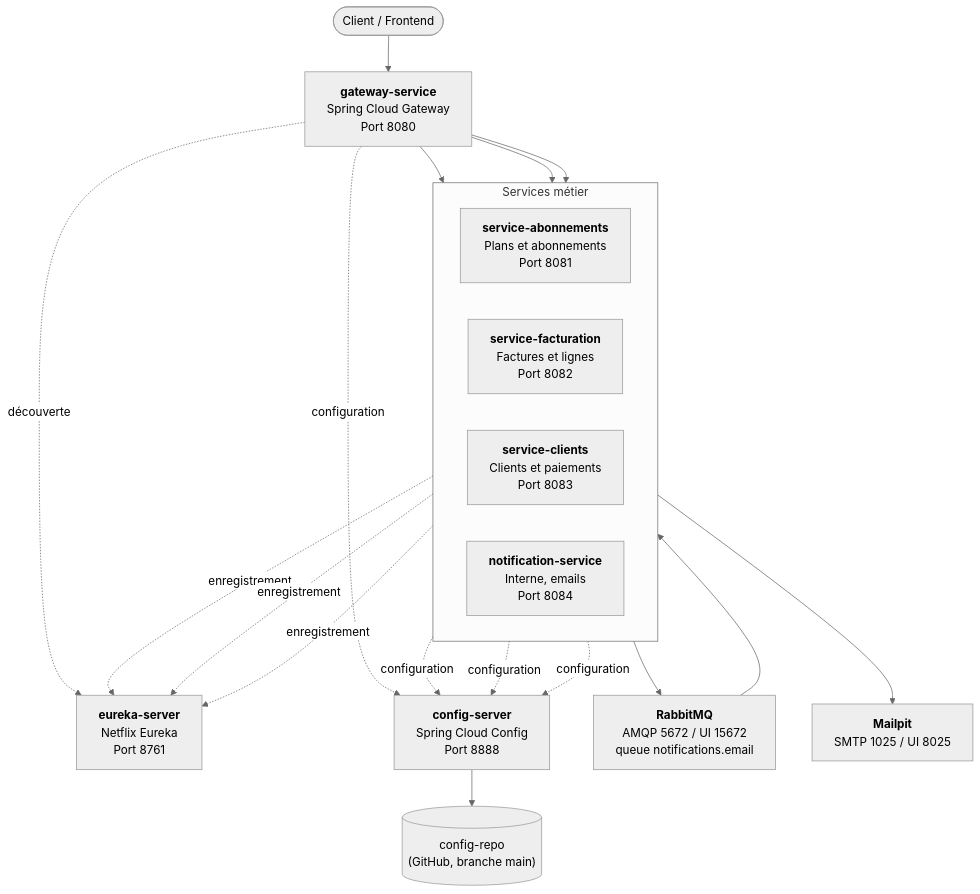
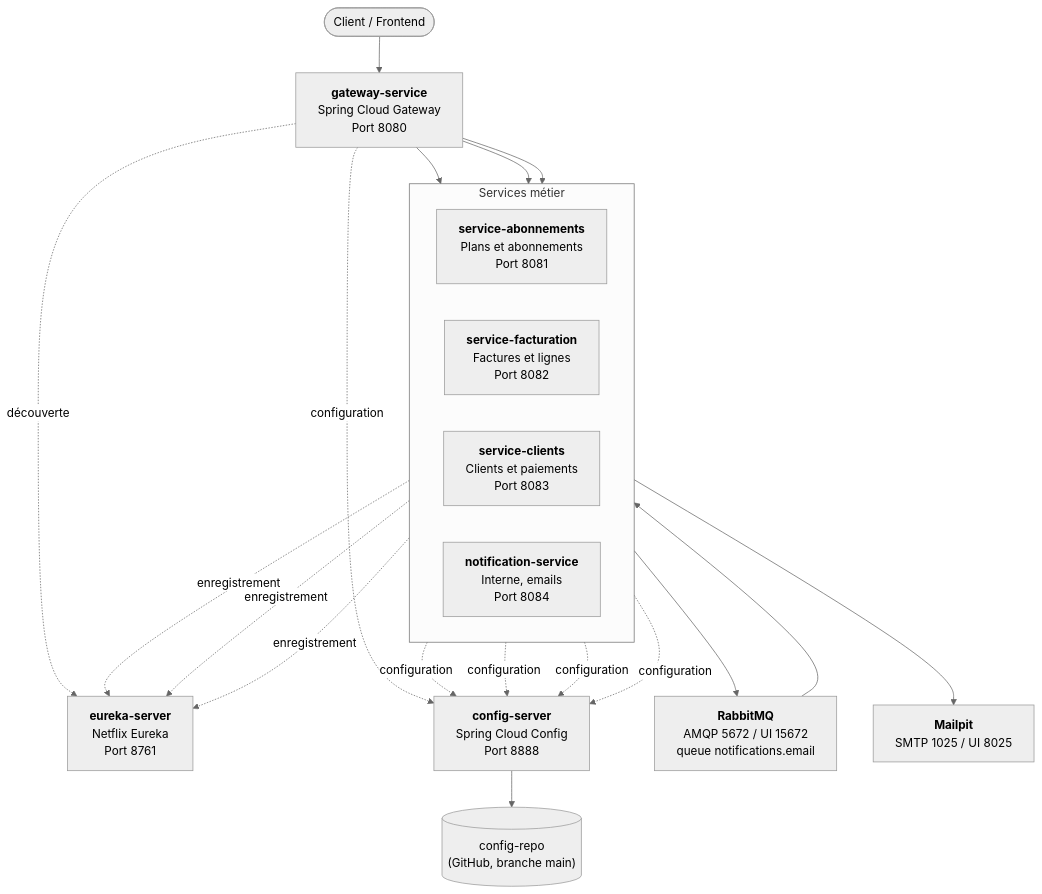
Before and after one commit to othman-gr3/bill-flex: the second of 3 diagrams in README.md, drawn with Mermaid (neutral theme). The commit also changed other lines of this file and 4 other files, not shown here.

````diff
--- a/README.md
+++ b/README.md
@@ -130,38 +130,39 @@
 ```mermaid
 flowchart TB
     U([Client / Frontend])
 
     GW["<b>gateway-service</b><br/>Spring Cloud Gateway<br/>Port 8080"]
     EU["<b>eureka-server</b><br/>Netflix Eureka<br/>Port 8761"]
     CS["<b>config-server</b><br/>Spring Cloud Config<br/>Port 8888"]
     GIT[("config-repo<br/>(GitHub, branche main)")]
     RMQ["<b>RabbitMQ</b><br/>AMQP 5672 / UI 15672<br/>queue notifications.email"]
     MP["<b>Mailpit</b><br/>SMTP 1025 / UI 8025"]
 
     subgraph MS [Services métier]
         direction LR
         SA["<b>service-abonnements</b><br/>Plans et abonnements<br/>Port 8081"]
         SF["<b>service-facturation</b><br/>Factures et lignes<br/>Port 8082"]
         SC["<b>service-clients</b><br/>Clients et paiements<br/>Port 8083"]
         NS["<b>notification-service</b><br/>Interne, emails<br/>Port 8084"]
     end
 
     U --> GW
     GW --> SA
     GW --> SF
     GW --> SC
     SF --> RMQ
     RMQ --> NS
     NS --> MP
 
     SA -. enregistrement .-> EU
     SF -. enregistrement .-> EU
     SC -. enregistrement .-> EU
     GW -. découverte .-> EU
 
     SA -. configuration .-> CS
     SF -. configuration .-> CS
     SC -. configuration .-> CS
+    NS -. configuration .-> CS
     GW -. configuration .-> CS
     CS --> GIT
 ```
````
